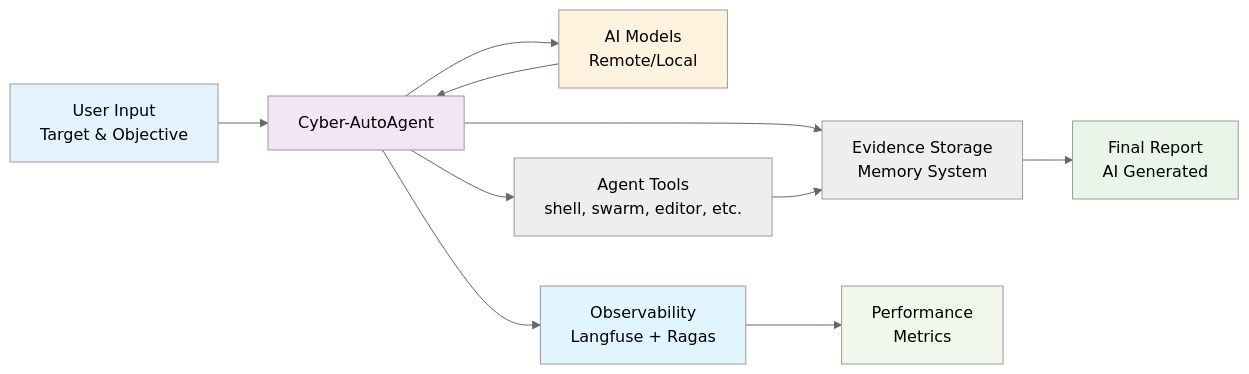
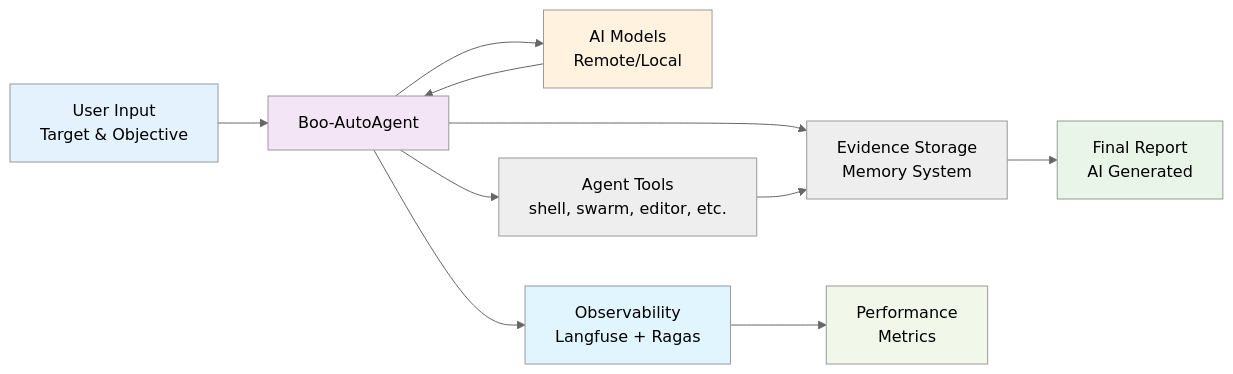
One commit to mbhatt1/boo changed the first of 3 diagrams in README.md. Above: the diagram before and after it, drawn with Mermaid (neutral theme). The commit also changed other lines of this file and 147 other files, not shown here.

````diff
--- a/README.md
+++ b/README.md
@@ -147,20 +147,20 @@
 ```mermaid
 graph LR
-    A[User Input<br/>Target & Objective] --> B[Cyber-AutoAgent]
+    A[User Input<br/>Target & Objective] --> B[Boo-AutoAgent]
     B --> C[AI Models<br/>Remote/Local]
     B --> D[Agent Tools<br/>shell, swarm, editor, etc.]
     B --> E[Evidence Storage<br/>Memory System]
     B --> O[Observability<br/>Langfuse + Ragas]
 
     C --> B
     D --> E
     E --> F[Final Report<br/>AI Generated]
     O --> G[Performance<br/>Metrics]
 
     style A fill:#e3f2fd
     style F fill:#e8f5e8
     style B fill:#f3e5f5
     style C fill:#fff3e0
     style O fill:#e1f5fe
     style G fill:#f1f8e9
 ```
````
